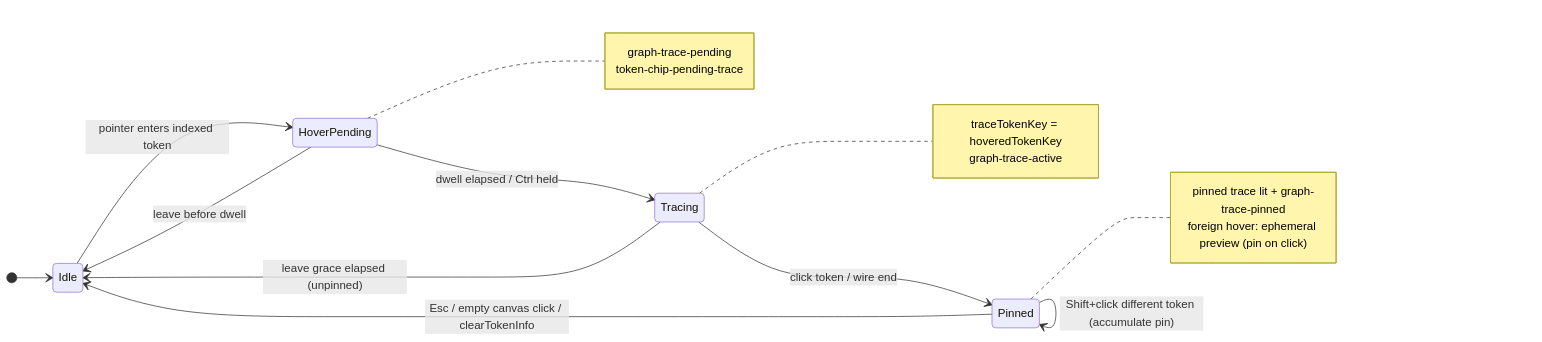
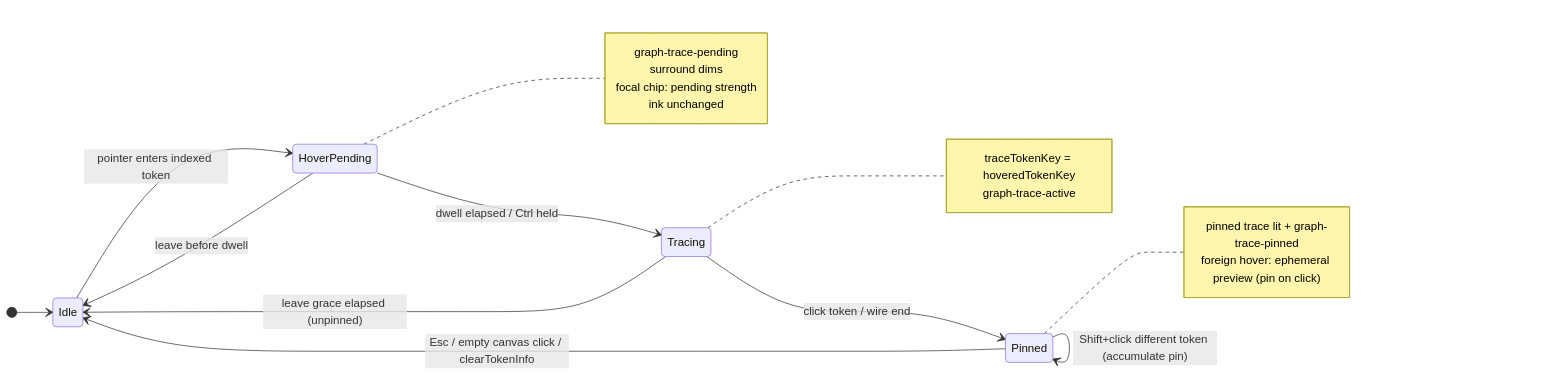
Before and after one commit to matkleve/codegrapher: the first of 14 diagrams in docs/specs/system/preview-edges.interactions.supplement.md, drawn with Mermaid. The commit also changed other lines of this file and 110 other files, not shown here.

First line of the commit message:
Enhance token context bar and graph interaction components

````diff
--- a/docs/specs/system/preview-edges.interactions.supplement.md
+++ b/docs/specs/system/preview-edges.interactions.supplement.md
@@ -9,31 +9,33 @@
 ```mermaid
 stateDiagram-v2
   direction LR
   [*] --> Idle
 
   Idle --> HoverPending: pointer enters indexed token
   HoverPending --> Idle: leave before dwell
   HoverPending --> Tracing: dwell elapsed / Ctrl held
 
   Tracing --> Idle: leave grace elapsed (unpinned)
   Tracing --> Pinned: click token / wire end
 
   Pinned --> Idle: Esc / empty canvas click / clearTokenInfo
   Pinned --> Pinned: click different token (replace pin set)
   Pinned --> Pinned: Shift+click different token (accumulate pin)
 
   note right of HoverPending
     graph-trace-pending
-    token-chip-pending-trace
+    surround dims
+    focal chip: pending strength
+    ink unchanged
   end note
 
   note right of Tracing
     traceTokenKey = hoveredTokenKey
     graph-trace-active
   end note
 
   note right of Pinned
     pinned trace lit + graph-trace-pinned
     foreign hover: ephemeral preview (pin on click)
   end note
 ```
````
